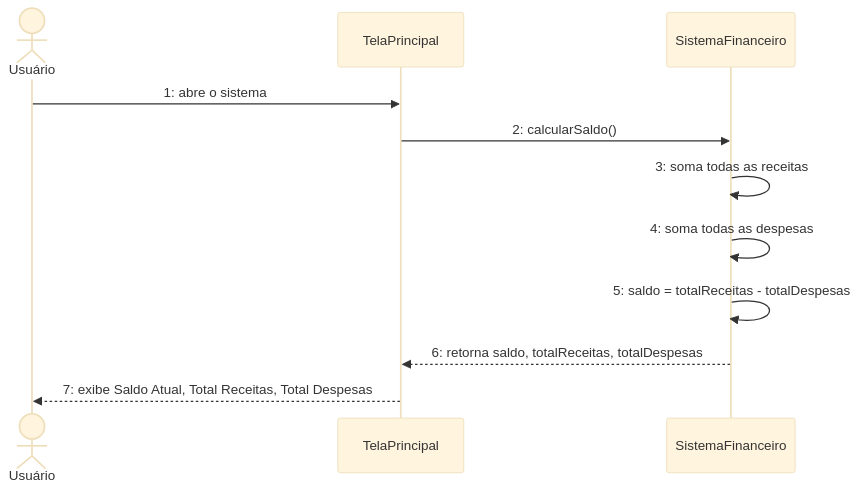
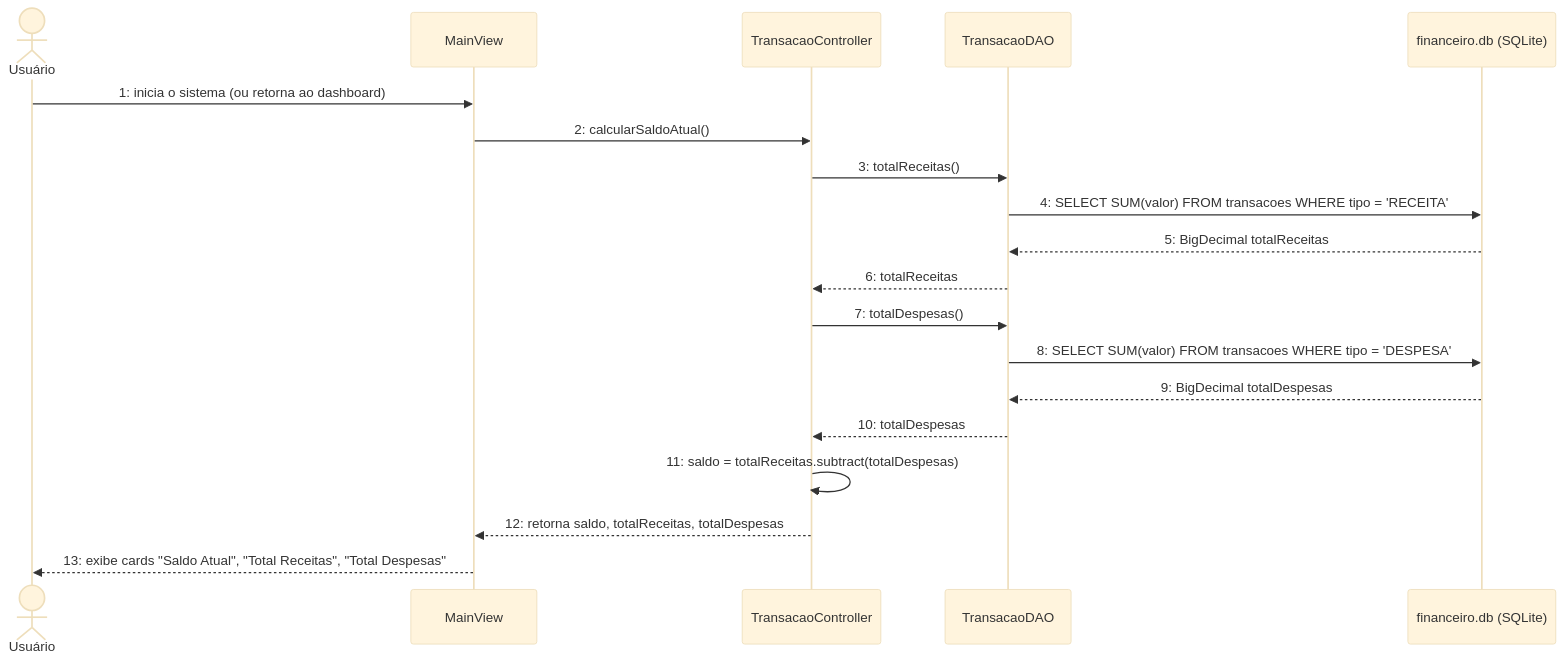
One commit to NEXA-project-br/NEXA changed the fourth of 7 diagrams in relacionamento/ds.md. Above: the diagram before and after it, drawn with Mermaid (base theme). The commit also changed other lines of this file and 4 other files, not shown here.

````diff
--- a/relacionamento/ds.md
+++ b/relacionamento/ds.md
@@ -76,14 +110,22 @@
 ```mermaid
 sequenceDiagram
   actor U as Usuário
-  participant T as TelaPrincipal
-  participant S as SistemaFinanceiro
+  participant V as MainView
+  participant C as TransacaoController
+  participant D as TransacaoDAO
+  participant DB as financeiro.db (SQLite)
 
-  U->>T: 1: abre o sistema
-  T->>S: 2: calcularSaldo()
-  S->>S: 3: soma todas as receitas
-  S->>S: 4: soma todas as despesas
-  S->>S: 5: saldo = totalReceitas - totalDespesas
-  S-->>T: 6: retorna saldo, totalReceitas, totalDespesas
-  T-->>U: 7: exibe Saldo Atual, Total Receitas, Total Despesas
+  U->>V: 1: inicia o sistema (ou retorna ao dashboard)
+  V->>C: 2: calcularSaldoAtual()
+  C->>D: 3: totalReceitas()
+  D->>DB: 4: SELECT SUM(valor) FROM transacoes WHERE tipo = 'RECEITA'
+  DB-->>D: 5: BigDecimal totalReceitas
+  D-->>C: 6: totalReceitas
+  C->>D: 7: totalDespesas()
+  D->>DB: 8: SELECT SUM(valor) FROM transacoes WHERE tipo = 'DESPESA'
+  DB-->>D: 9: BigDecimal totalDespesas
+  D-->>C: 10: totalDespesas
+  C->>C: 11: saldo = totalReceitas.subtract(totalDespesas)
+  C-->>V: 12: retorna saldo, totalReceitas, totalDespesas
+  V-->>U: 13: exibe cards "Saldo Atual", "Total Receitas", "Total Despesas"
 ```
````
